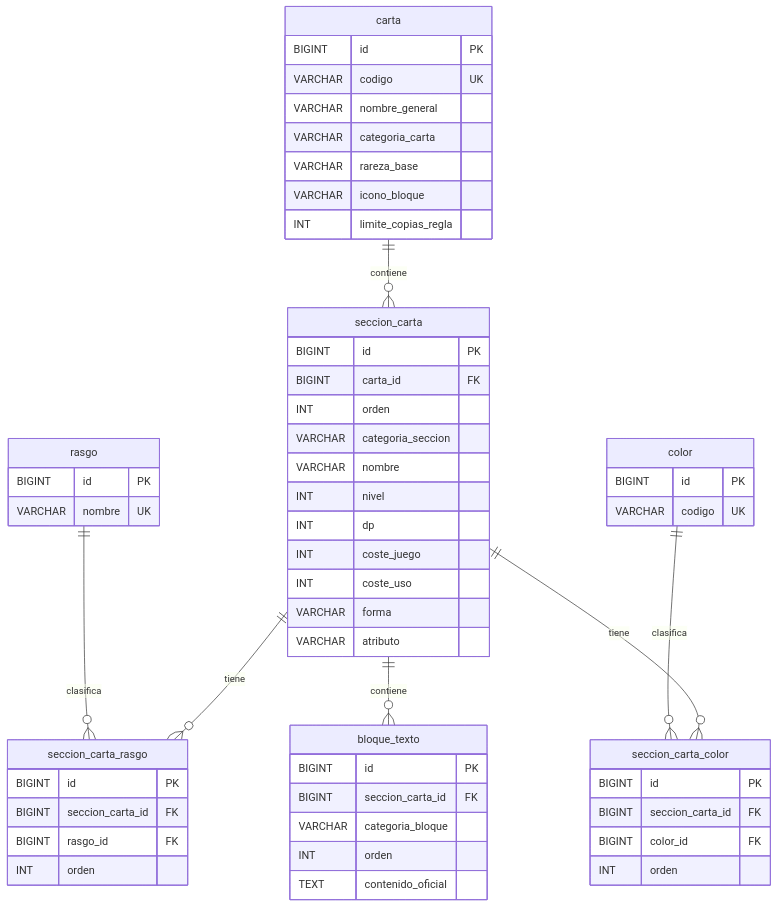
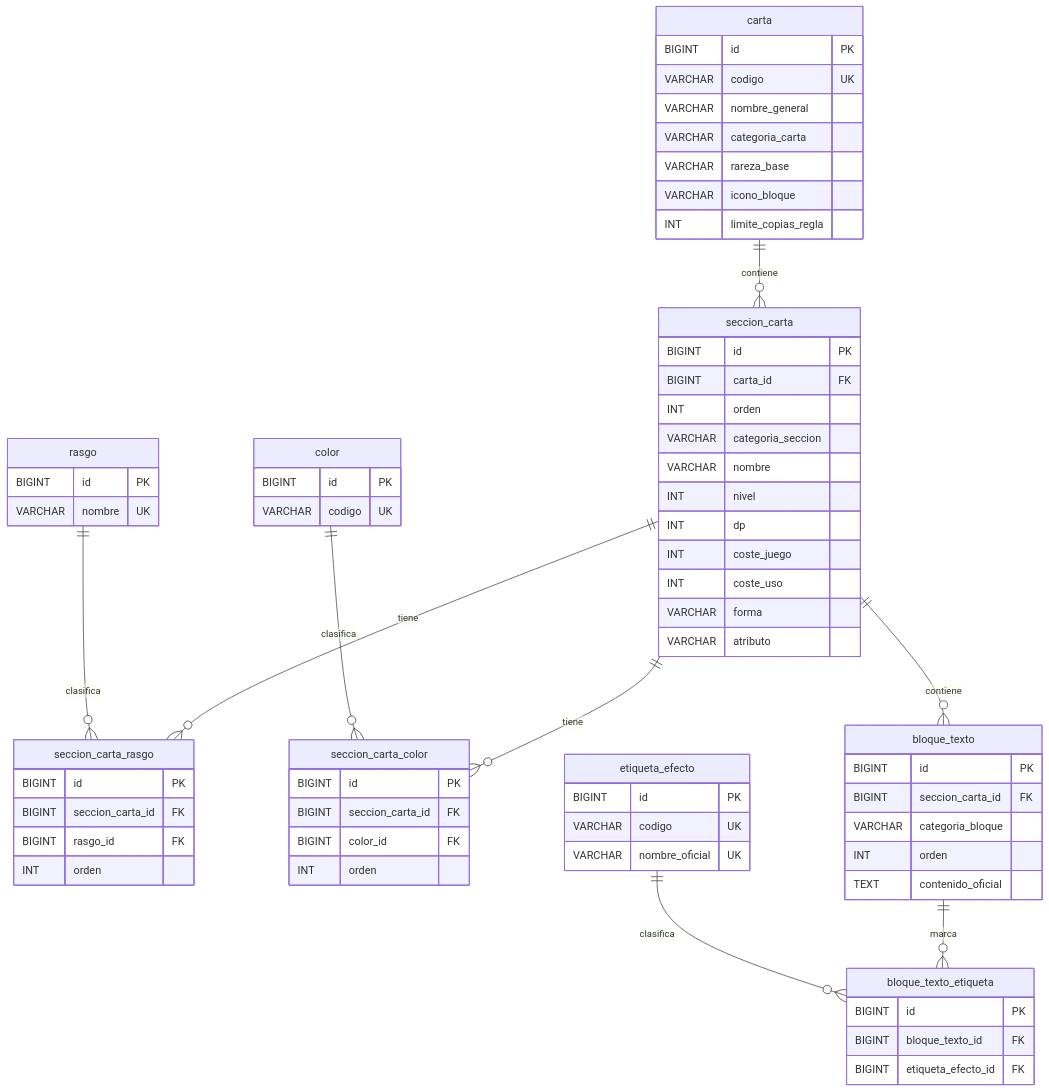
Before and after one commit to JotillaFT/PaginaTCG: the diagram in README.md, drawn with Mermaid. The commit also changed other lines of this file and 3 other files, not shown here.

Commit message:
Añadir etiquetas de efecto a bloques de texto

````diff
--- a/README.md
+++ b/README.md
@@ -232,65 +238,79 @@
 ```mermaid
 erDiagram
     carta {
         BIGINT id PK
         VARCHAR codigo UK
         VARCHAR nombre_general
         VARCHAR categoria_carta
         VARCHAR rareza_base
         VARCHAR icono_bloque
         INT limite_copias_regla
     }
 
     seccion_carta {
         BIGINT id PK
         BIGINT carta_id FK
         INT orden
         VARCHAR categoria_seccion
         VARCHAR nombre
         INT nivel
         INT dp
         INT coste_juego
         INT coste_uso
         VARCHAR forma
         VARCHAR atributo
     }
 
     rasgo {
         BIGINT id PK
         VARCHAR nombre UK
     }
 
     seccion_carta_rasgo {
         BIGINT id PK
         BIGINT seccion_carta_id FK
         BIGINT rasgo_id FK
         INT orden
     }
 
     color {
         BIGINT id PK
         VARCHAR codigo UK
     }
 
     seccion_carta_color {
         BIGINT id PK
         BIGINT seccion_carta_id FK
         BIGINT color_id FK
         INT orden
     }
 
     bloque_texto {
         BIGINT id PK
         BIGINT seccion_carta_id FK
         VARCHAR categoria_bloque
         INT orden
         TEXT contenido_oficial
     }
 
+    etiqueta_efecto {
+        BIGINT id PK
+        VARCHAR codigo UK
+        VARCHAR nombre_oficial UK
+    }
+
+    bloque_texto_etiqueta {
+        BIGINT id PK
+        BIGINT bloque_texto_id FK
+        BIGINT etiqueta_efecto_id FK
+    }
+
     carta ||--o{ seccion_carta : contiene
     seccion_carta ||--o{ seccion_carta_rasgo : tiene
     rasgo ||--o{ seccion_carta_rasgo : clasifica
     seccion_carta ||--o{ seccion_carta_color : tiene
     color ||--o{ seccion_carta_color : clasifica
     seccion_carta ||--o{ bloque_texto : contiene
+    bloque_texto ||--o{ bloque_texto_etiqueta : marca
+    etiqueta_efecto ||--o{ bloque_texto_etiqueta : clasifica
 ```
````
